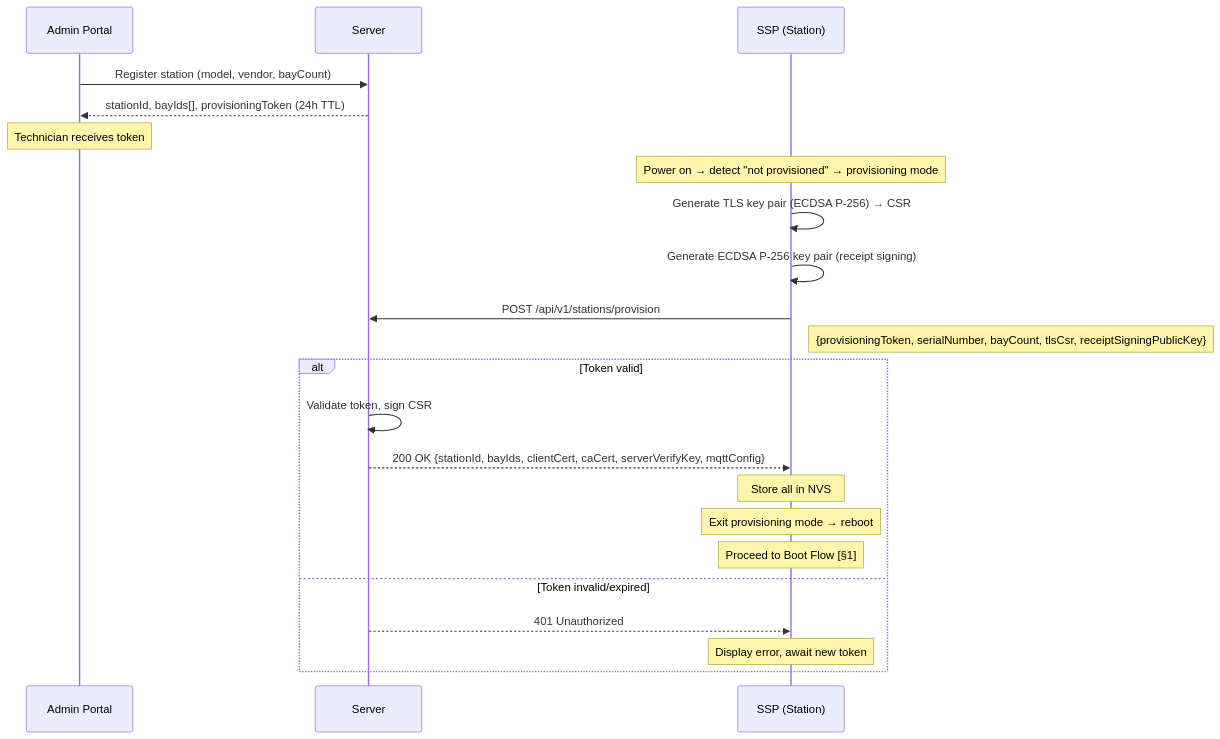
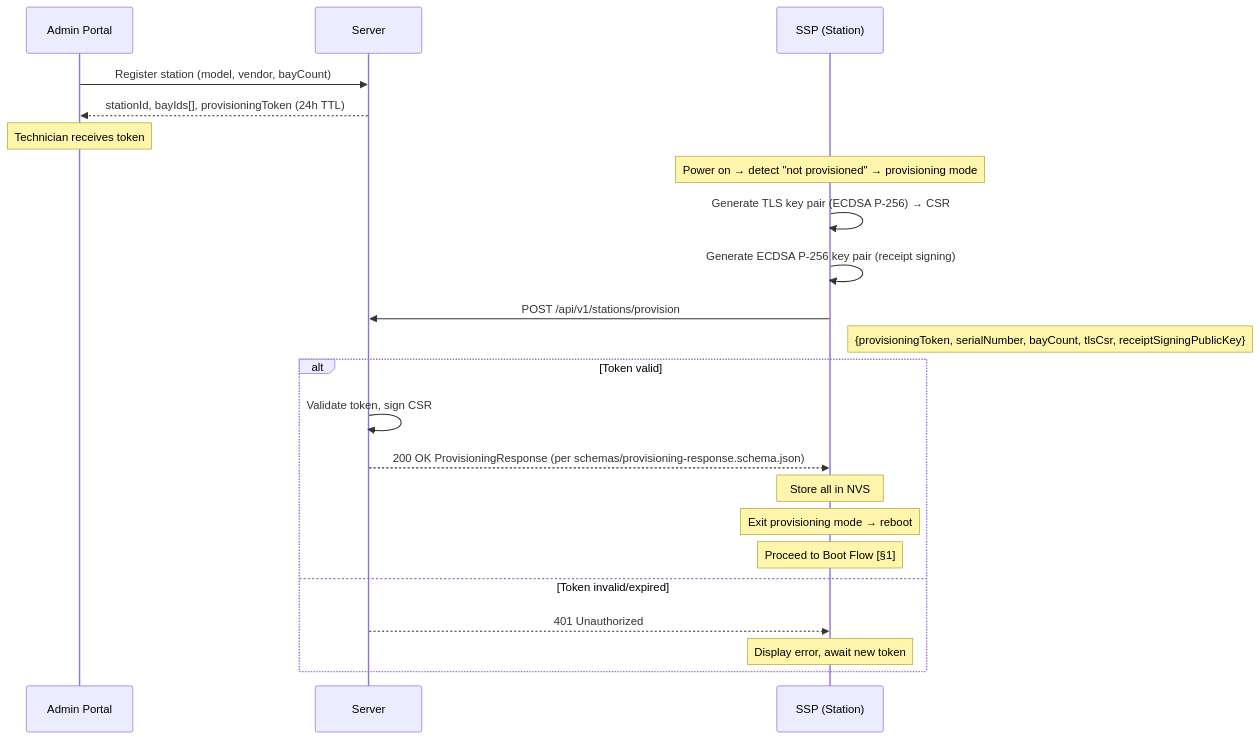
The second of 19 diagrams in spec/04-flows.md (ospp-org/spec), drawn with Mermaid before and after one commit. The commit also changed 1 other file, not shown here.

Commit message:
docs(spec): polish §2 Mermaid + §7.1 cross-ref wording
Cosmetic refinements to commit ed0c71d:

1. §2 Mermaid sequence diagram now references provisioning-response.schema.json
   instead of inlining the response field list. Keeps Mermaid in sync with the
   updated text version (step 8) — single source of truth is the schema.

2. §7.1 'Runtime alternative' callout reformulated 'under §7.0's classification'
   to 'under §7's out-of-band classification (see leading paragraph)'. §7 has
   no §7.0 sub-section — the cited text is in §7's leading paragraph. New
   wording is unambiguous for first-time readers.

No normative change. No schema change. Version stays at 0.2.5.

````diff
--- a/spec/04-flows.md
+++ b/spec/04-flows.md
@@ -198,29 +198,29 @@
 ```mermaid
 sequenceDiagram
     participant Admin as Admin Portal
     participant Server
     participant SSP as SSP (Station)
 
     Admin->>Server: Register station (model, vendor, bayCount)
     Server-->>Admin: stationId, bayIds[], provisioningToken (24h TTL)
     Note over Admin: Technician receives token
 
     Note over SSP: Power on → detect "not provisioned" → provisioning mode
 
     SSP->>SSP: Generate TLS key pair (ECDSA P-256) → CSR
     SSP->>SSP: Generate ECDSA P-256 key pair (receipt signing)
 
     SSP->>Server: POST /api/v1/stations/provision
     Note right of SSP: {provisioningToken, serialNumber, bayCount, tlsCsr, receiptSigningPublicKey}
 
     alt Token valid
         Server->>Server: Validate token, sign CSR
-        Server-->>SSP: 200 OK {stationId, bayIds, clientCert, caCert, serverVerifyKey, mqttConfig}
+        Server-->>SSP: 200 OK ProvisioningResponse (per schemas/provisioning-response.schema.json)
         Note over SSP: Store all in NVS
         Note over SSP: Exit provisioning mode → reboot
         Note over SSP: Proceed to Boot Flow [§1]
     else Token invalid/expired
         Server-->>SSP: 401 Unauthorized
         Note over SSP: Display error, await new token
     end
 ```
````
